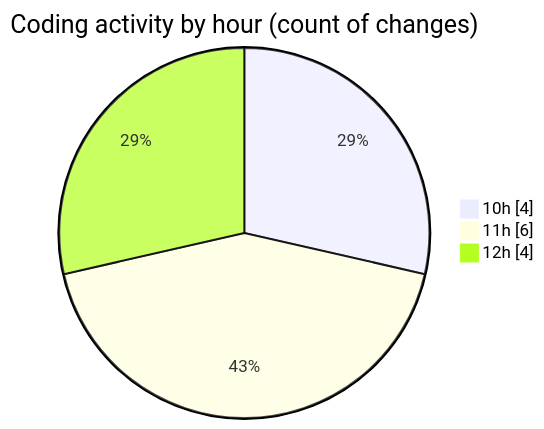
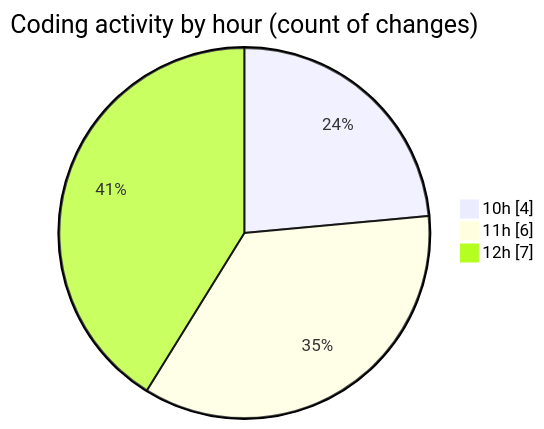
One commit to LanceThiago/code-tracking changed the second of 2 diagrams in 2025-10-03/totem2/README.md. Above: the diagram before and after it, drawn with Mermaid. The commit also changed other lines of this file and 1 other file, not shown here.

````diff
--- a/2025-10-03/totem2/README.md
+++ b/2025-10-03/totem2/README.md
@@ -29,7 +29,7 @@
 ```mermaid
 pie showData
 title Coding activity by hour (count of changes)
 "10h" : 4
 "11h" : 6
-"12h" : 4
+"12h" : 7
 ```
````
